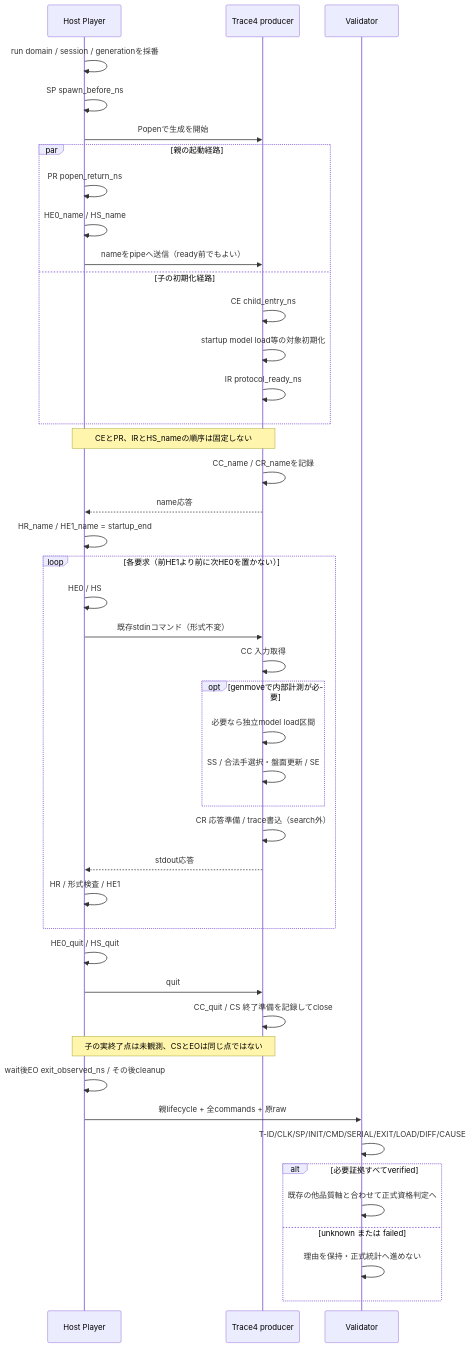
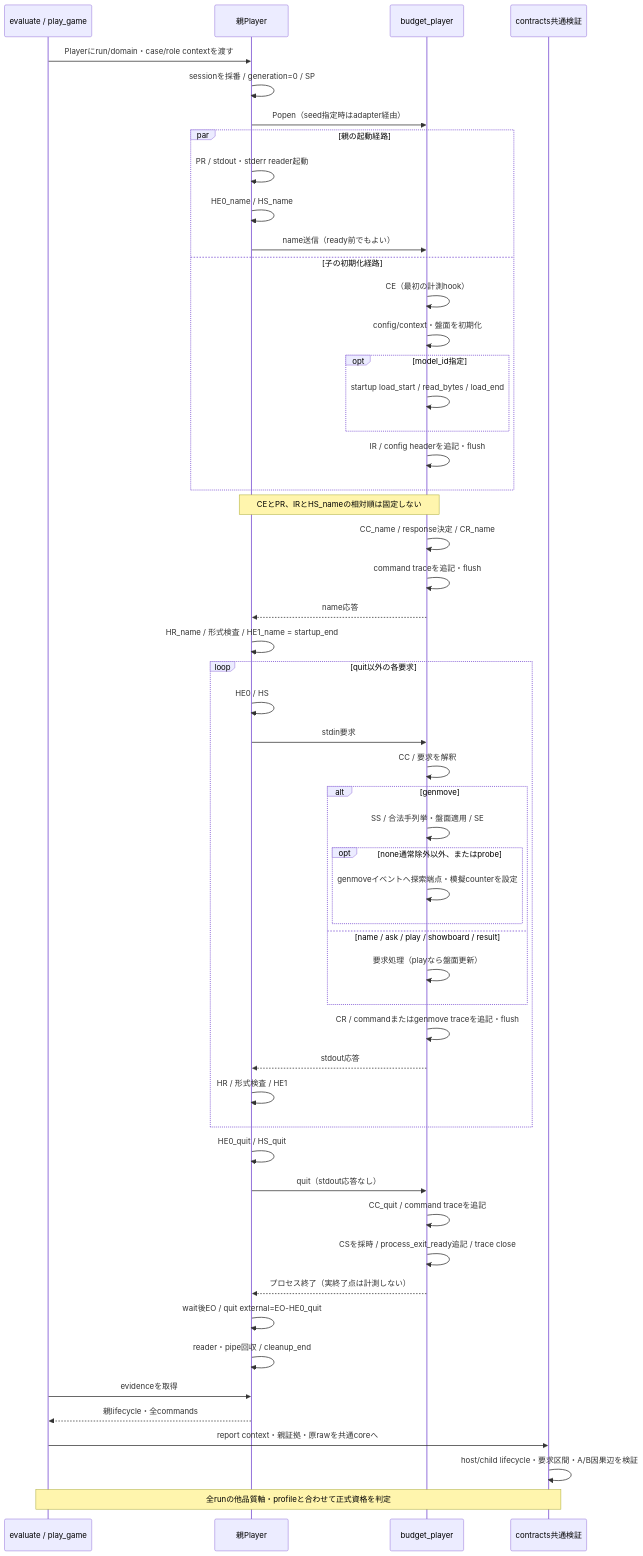
One commit to nonnhjleno/reversi-ai changed the third of 5 diagrams in docs/harness_architecture.md. Above: the diagram before and after it, drawn with Mermaid. The commit also changed other lines of this file and 1 other file, not shown here.

First line of the commit message:
ハーネス設計図とデータ契約の実装との不整合を修正

````diff
--- a/docs/harness_architecture.md
+++ b/docs/harness_architecture.md
@@ -87,47 +100,56 @@
 ```mermaid
 sequenceDiagram
-    participant H as Host Player
-    participant C as Trace4 producer
-    participant V as Validator
+    participant E as evaluate / play_game
+    participant H as 親Player
+    participant C as budget_player
+    participant I as contracts共通検証
 
-    H->>H: run domain / session / generationを採番
-    H->>H: SP spawn_before_ns
-    H->>C: Popenで生成を開始
+    E->>H: Playerにrun/domain・case/role contextを渡す
+    H->>H: sessionを採番 / generation=0 / SP
+    H->>C: Popen（seed指定時はadapter経由）
     par 親の起動経路
-        H->>H: PR popen_return_ns
+        H->>H: PR / stdout・stderr reader起動
         H->>H: HE0_name / HS_name
-        H->>C: nameをpipeへ送信（ready前でもよい）
+        H->>C: name送信（ready前でもよい）
     and 子の初期化経路
-        C->>C: CE child_entry_ns
-        C->>C: startup model load等の対象初期化
-        C->>C: IR protocol_ready_ns
+        C->>C: CE（最初の計測hook）
+        C->>C: config/context・盤面を初期化
+        opt model_id指定
+            C->>C: startup load_start / read_bytes / load_end
+        end
+        C->>C: IR / config headerを追記・flush
     end
-    Note over H,C: CEとPR、IRとHS_nameの順序は固定しない
-    C->>C: CC_name / CR_nameを記録
+    Note over H,C: CEとPR、IRとHS_nameの相対順は固定しない
+    C->>C: CC_name / response決定 / CR_name
+    C->>C: command traceを追記・flush
     C-->>H: name応答
-    H->>H: HR_name / HE1_name = startup_end
-    loop 各要求（前HE1より前に次HE0を置かない）
+    H->>H: HR_name / 形式検査 / HE1_name = startup_end
+    loop quit以外の各要求
         H->>H: HE0 / HS
-        H->>C: 既存stdinコマンド（形式不変）
-        C->>C: CC 入力取得
-        opt genmoveで内部計測が必要
-            C->>C: 必要なら独立model load区間
-            C->>C: SS / 合法手選択・盤面更新 / SE
+        H->>C: stdin要求
+        C->>C: CC / 要求を解釈
+        alt genmove
+            C->>C: SS / 合法手列挙・盤面適用 / SE
+            opt none通常除外以外、またはprobe
+                C->>C: genmoveイベントへ探索端点・模擬counterを設定
+            end
+        else name / ask / play / showboard / result
+            C->>C: 要求処理（playなら盤面更新）
         end
-        C->>C: CR 応答準備 / trace書込（search外）
+        C->>C: CR / commandまたはgenmove traceを追記・flush
         C-->>H: stdout応答
         H->>H: HR / 形式検査 / HE1
     end
     H->>H: HE0_quit / HS_quit
-    H->>C: quit
-    C->>C: CC_quit / CS 終了準備を記録してclose
-    Note over H,C: 子の実終了点は未観測、CSとEOは同じ点ではない
-    H->>H: wait後EO exit_observed_ns / その後cleanup
-    H->>V: 親lifecycle + 全commands + 原raw
-    V->>V: T-ID/CLK/SP/INIT/CMD/SERIAL/EXIT/LOAD/DIFF/CAUSE
-    alt 必要証拠すべてverified
-        V->>V: 既存の他品質軸と合わせて正式資格判定へ
-    else unknown または failed
-        V->>V: 理由を保持・正式統計へ進めない
-    end
+    H->>C: quit（stdout応答なし）
+    C->>C: CC_quit / command traceを追記
+    C->>C: CSを採時 / process_exit_ready追記 / trace close
+    C-->>H: プロセス終了（実終了点は計測しない）
+    H->>H: wait後EO / quit external=EO-HE0_quit
+    H->>H: reader・pipe回収 / cleanup_end
+    E->>H: evidenceを取得
+    H-->>E: 親lifecycle・全commands
+    E->>I: report context・親証拠・原rawを共通coreへ
+    I->>I: host/child lifecycle・要求区間・A/B因果辺を検証
+    Note over E,I: 全runの他品質軸・profileと合わせて正式資格を判定
 ```
````
